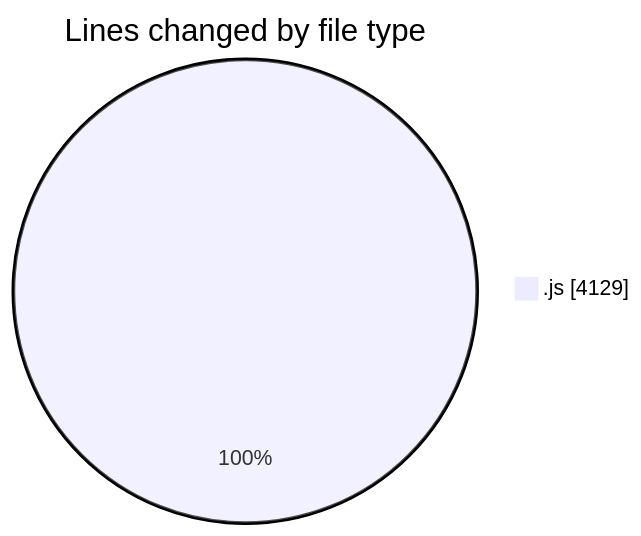
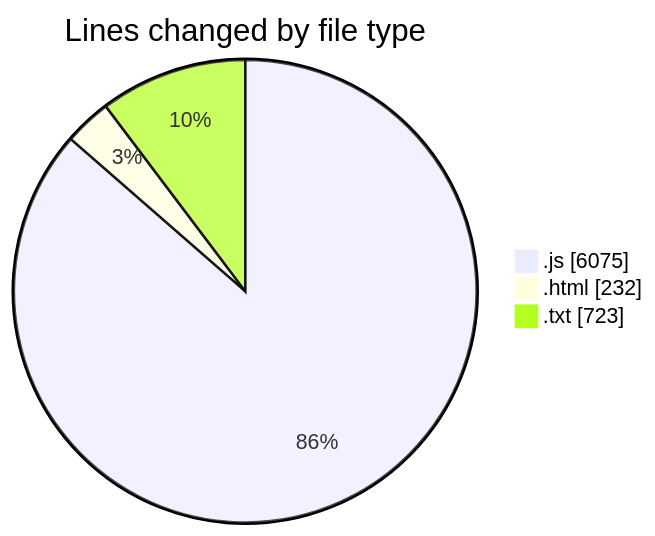
The first of 2 diagrams in 2025-03-03/kart-online/README.md (robertbonfada/code-tracking), drawn with Mermaid before and after one commit. The commit also changed other lines of this file and 1 other file, not shown here.

````diff
--- a/2025-03-03/kart-online/README.md
+++ b/2025-03-03/kart-online/README.md
@@ -26,5 +32,7 @@
 ```mermaid
 pie showData
 title Lines changed by file type
-".js" : 4129
+".js" : 6075
+".html" : 232
+".txt" : 723
 ```
````
